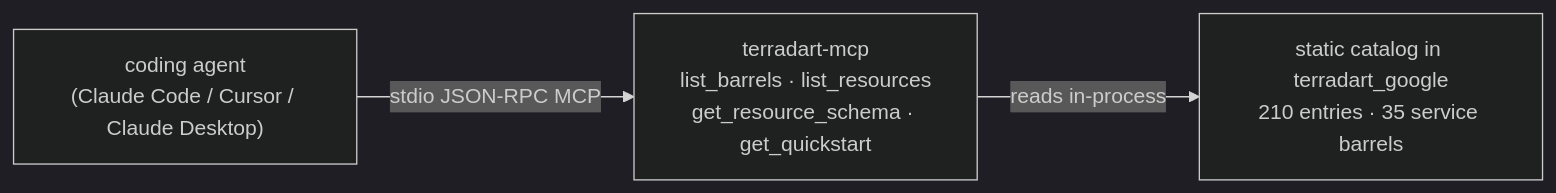
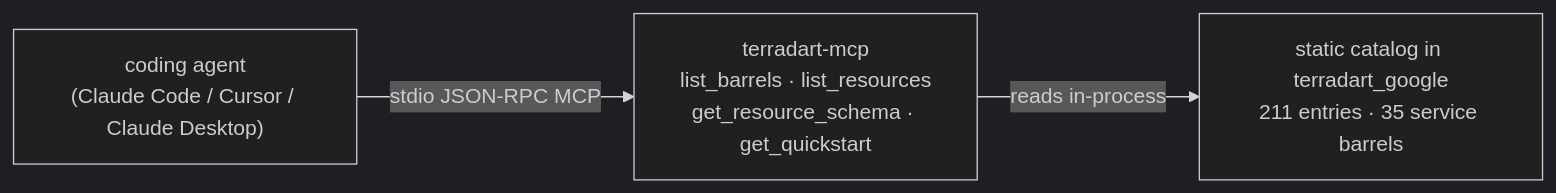
Before and after one commit to nozomi-koborinai/terradart: the diagram in website/src/content/docs/docs/agent/index.md, drawn with Mermaid (dark theme). The commit also changed other lines of this file and 16 other files, not shown here.

````diff
--- a/website/src/content/docs/docs/agent/index.md
+++ b/website/src/content/docs/docs/agent/index.md
@@ -12,8 +12,8 @@
 ```mermaid
 graph LR
   agent["coding agent<br/>(Claude Code / Cursor / Claude Desktop)"]
   mcp["terradart-mcp<br/>list_barrels · list_resources<br/>get_resource_schema · get_quickstart"]
-  catalog["static catalog in terradart_google<br/>210 entries · 35 service barrels"]
+  catalog["static catalog in terradart_google<br/>211 entries · 35 service barrels"]
   agent -->|stdio JSON-RPC MCP| mcp
   mcp -->|reads in-process| catalog
 ```
````
